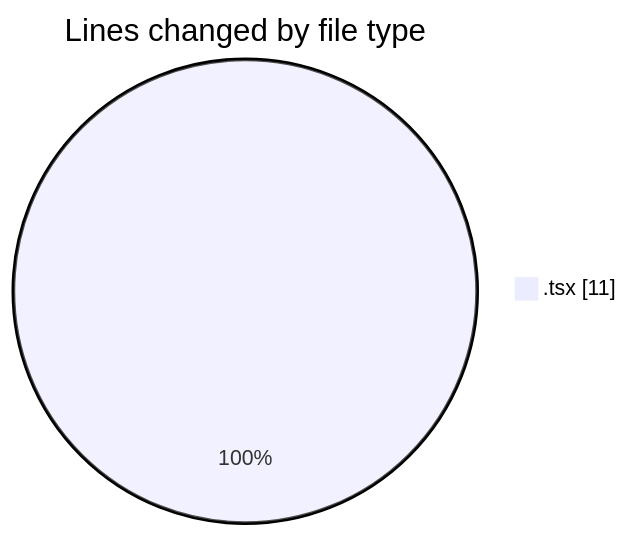
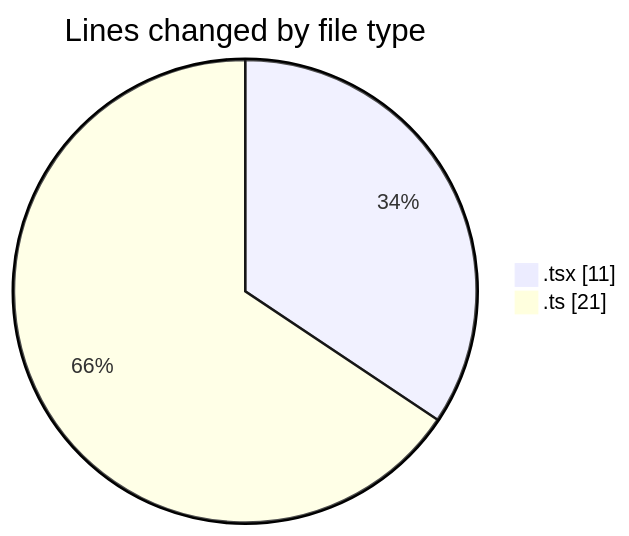
Before and after one commit to EIIisD/code-tracking: the first of 2 diagrams in 2025-07-29/ani/README.md, drawn with Mermaid. The commit also changed other lines of this file and 1 other file, not shown here.

````diff
--- a/2025-07-29/ani/README.md
+++ b/2025-07-29/ani/README.md
@@ -20,5 +21,6 @@
 ```mermaid
 pie showData
 title Lines changed by file type
 ".tsx" : 11
+".ts" : 21
 ```
````
